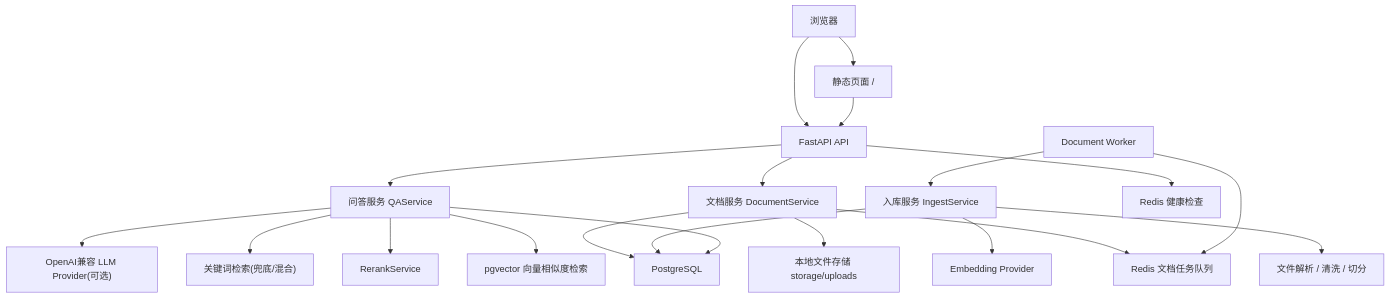
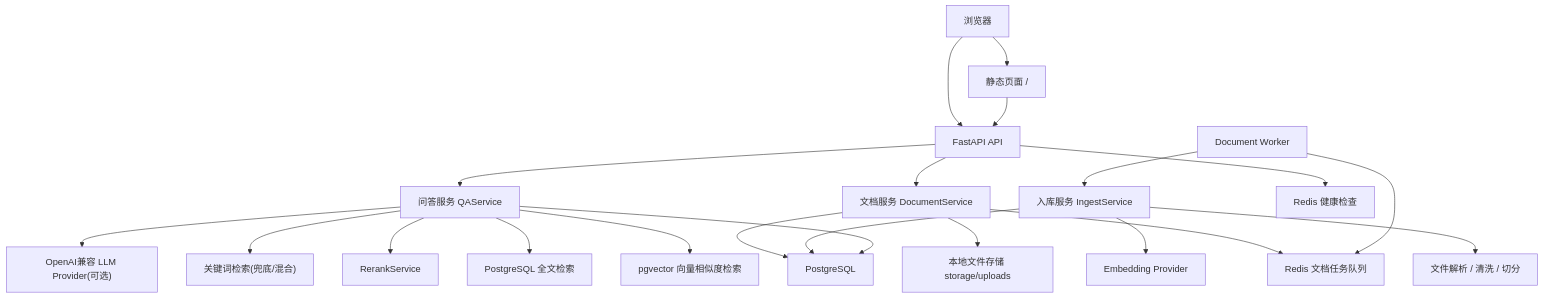
The first of 5 diagrams in 当前项目架构说明.md (zishuo-xu/rag), drawn with Mermaid before and after one commit. The commit also changed other lines of this file and 5 other files, not shown here.

````diff
--- a/当前项目架构说明.md
+++ b/当前项目架构说明.md
@@ -22,22 +22,23 @@
 ```mermaid
 flowchart TD
     U["浏览器"] --> P["静态页面 /"]
     U --> A["FastAPI API"]
     P --> A
     A --> S["文档服务 DocumentService"]
     S --> TQ["Redis 文档任务队列"]
     W["Document Worker"] --> TQ
     W --> I["入库服务 IngestService"]
     I --> F["文件解析 / 清洗 / 切分"]
     I --> E["Embedding Provider"]
     A --> Q["问答服务 QAService"]
     Q --> V["pgvector 向量相似度检索"]
+    Q --> FT["PostgreSQL 全文检索"]
     Q --> RR["RerankService"]
     Q --> K["关键词检索(兜底/混合)"]
     Q --> L["OpenAI兼容 LLM Provider(可选)"]
     S --> DB["PostgreSQL"]
     I --> DB
     Q --> DB
     A --> R["Redis 健康检查"]
     S --> FS["本地文件存储 storage/uploads"]
 ```
````
